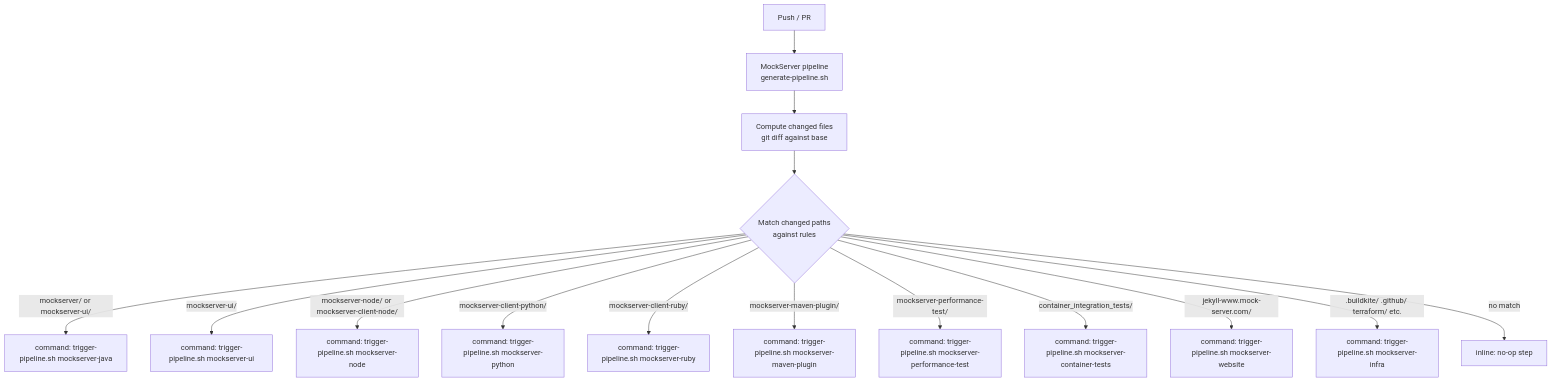
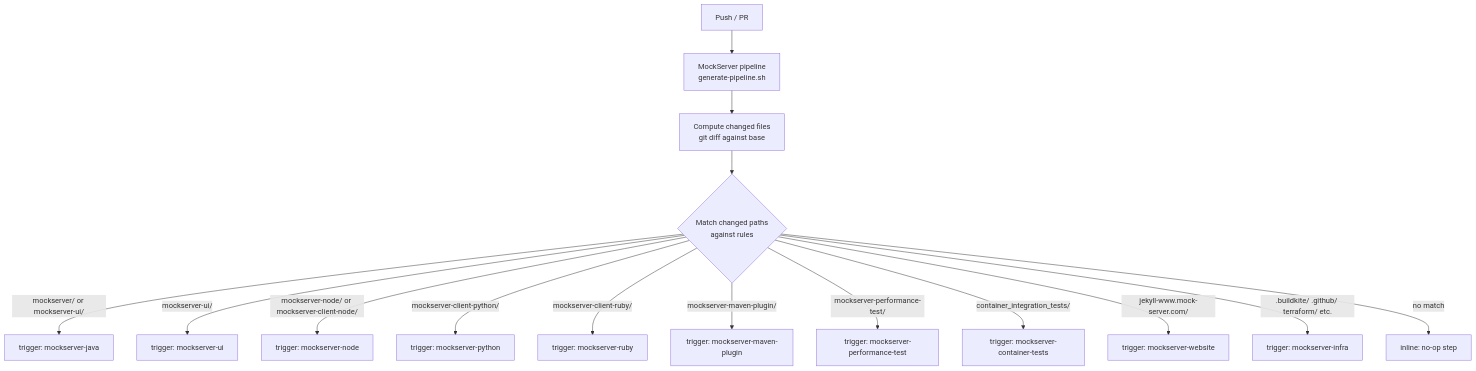
One commit to mock-server/mockserver changed the second of 7 diagrams in docs/infrastructure/ci-cd.md. Above: the diagram before and after it, drawn with Mermaid. The commit also changed other lines of this file and 2 other files, not shown here.

Commit message:
refactor(ci): use native Buildkite trigger steps instead of API polling
Replace the API-based trigger-pipeline.sh (which consumed an agent while
polling child builds) with native Buildkite trigger steps. This means
child pipelines run directly without requiring a second agent to hold
open a polling loop.

Benefits:
- Parent build no longer occupies an agent while waiting for children
- Simpler architecture (no API token fetch, no curl polling loop)
- Buildkite natively handles child build cancellation on parent cancel
- Build message is passed through to child builds for UI clarity

````diff
--- a/docs/infrastructure/ci-cd.md
+++ b/docs/infrastructure/ci-cd.md
@@ -42,20 +42,20 @@
 ```mermaid
 flowchart TD
     PUSH[Push / PR] --> ORCHESTRATOR["MockServer pipeline
 generate-pipeline.sh"]
     ORCHESTRATOR --> DIFF["Compute changed files
 git diff against base"]
     DIFF --> MATCH{"Match changed paths
 against rules"}
-    MATCH -->|mockserver/ or mockserver-ui/| JAVA["command: trigger-pipeline.sh mockserver-java"]
-    MATCH -->|mockserver-ui/| UI["command: trigger-pipeline.sh mockserver-ui"]
-    MATCH -->|mockserver-node/ or mockserver-client-node/| NODE["command: trigger-pipeline.sh mockserver-node"]
-    MATCH -->|mockserver-client-python/| PYTHON["command: trigger-pipeline.sh mockserver-python"]
-    MATCH -->|mockserver-client-ruby/| RUBY["command: trigger-pipeline.sh mockserver-ruby"]
-    MATCH -->|mockserver-maven-plugin/| MAVEN_PLUGIN["command: trigger-pipeline.sh mockserver-maven-plugin"]
-    MATCH -->|mockserver-performance-test/| PERF["command: trigger-pipeline.sh mockserver-performance-test"]
-    MATCH -->|container_integration_tests/| CONTAINER["command: trigger-pipeline.sh mockserver-container-tests"]
-    MATCH -->|jekyll-www.mock-server.com/| WEBSITE["command: trigger-pipeline.sh mockserver-website"]
-    MATCH -->|.buildkite/ .github/ terraform/ etc.| INFRA["command: trigger-pipeline.sh mockserver-infra"]
+    MATCH -->|mockserver/ or mockserver-ui/| JAVA["trigger: mockserver-java"]
+    MATCH -->|mockserver-ui/| UI["trigger: mockserver-ui"]
+    MATCH -->|mockserver-node/ or mockserver-client-node/| NODE["trigger: mockserver-node"]
+    MATCH -->|mockserver-client-python/| PYTHON["trigger: mockserver-python"]
+    MATCH -->|mockserver-client-ruby/| RUBY["trigger: mockserver-ruby"]
+    MATCH -->|mockserver-maven-plugin/| MAVEN_PLUGIN["trigger: mockserver-maven-plugin"]
+    MATCH -->|mockserver-performance-test/| PERF["trigger: mockserver-performance-test"]
+    MATCH -->|container_integration_tests/| CONTAINER["trigger: mockserver-container-tests"]
+    MATCH -->|jekyll-www.mock-server.com/| WEBSITE["trigger: mockserver-website"]
+    MATCH -->|.buildkite/ .github/ terraform/ etc.| INFRA["trigger: mockserver-infra"]
     MATCH -->|no match| DEFAULT["inline: no-op step"]
 ```
````
